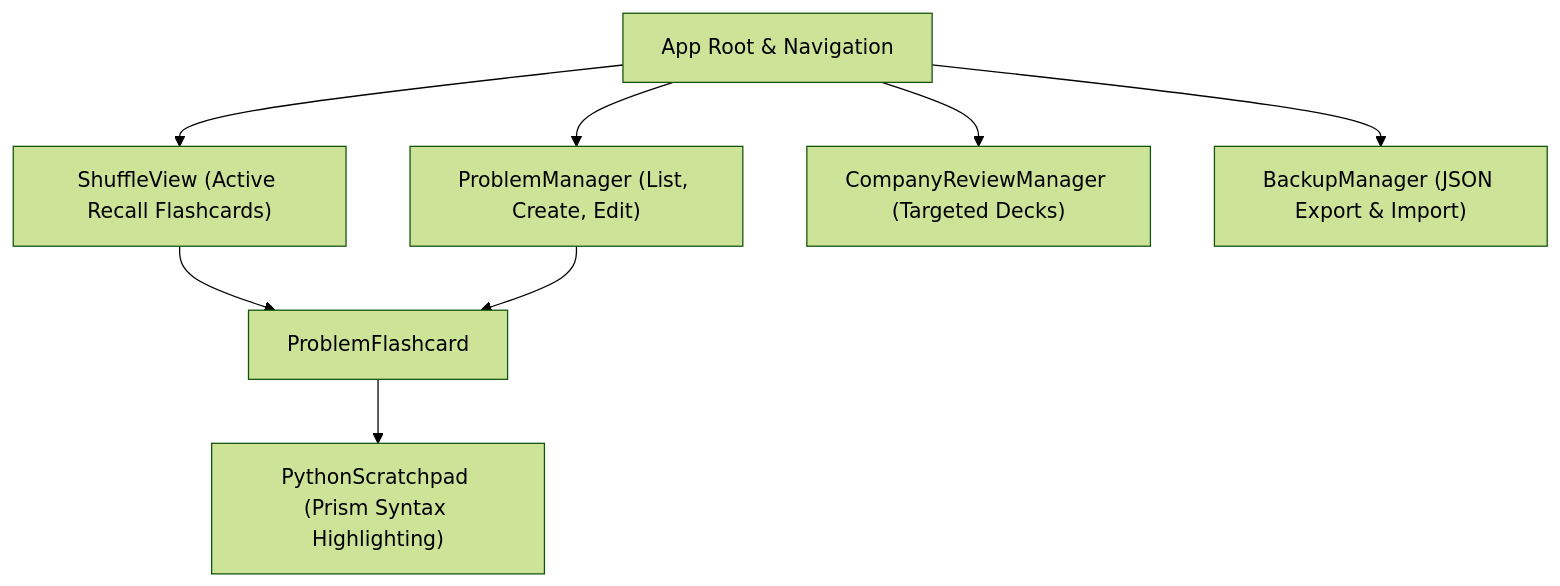
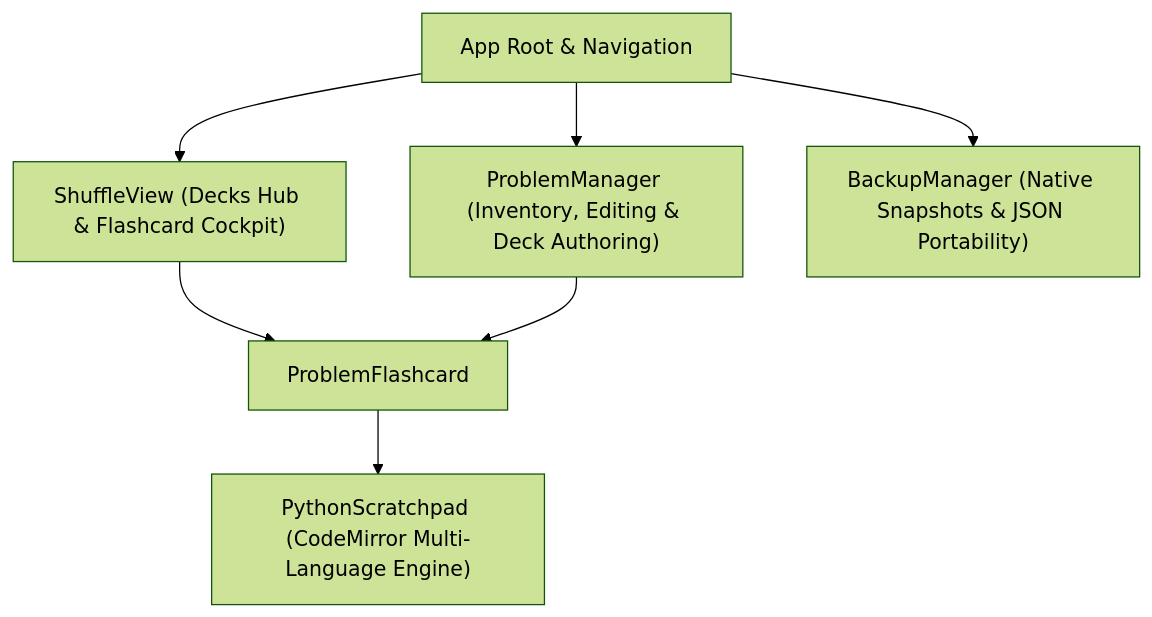
One commit to 92fueler/brain_shuffle changed the diagram in frontend/README.md. Above: the diagram before and after it, drawn with Mermaid (forest theme). The commit also changed other lines of this file and 18 other files, not shown here.

First line of the commit message:
feat: streamline study/curate workflows, integrate CodeMirror 6, and enhance rolling cadence triage

````diff
--- a/frontend/README.md
+++ b/frontend/README.md
@@ -9,11 +9,10 @@
 ```mermaid
 graph TD
-    App["App Root & Navigation"] --> Shuffle["ShuffleView (Active Recall Flashcards)"]
-    App --> Manager["ProblemManager (List, Create, Edit)"]
-    App --> Company["CompanyReviewManager (Targeted Decks)"]
-    App --> Backup["BackupManager (JSON Export & Import)"]
+    App["App Root & Navigation"] --> Shuffle["ShuffleView (Decks Hub & Flashcard Cockpit)"]
+    App --> Manager["ProblemManager (Inventory, Editing & Deck Authoring)"]
+    App --> Backup["BackupManager (Native Snapshots & JSON Portability)"]
     
     Shuffle --> Flashcard["ProblemFlashcard"]
     Manager --> Flashcard
-    Flashcard --> Scratchpad["PythonScratchpad (Prism Syntax Highlighting)"]
+    Flashcard --> Scratchpad["PythonScratchpad (CodeMirror Multi-Language Engine)"]
 ```
````
